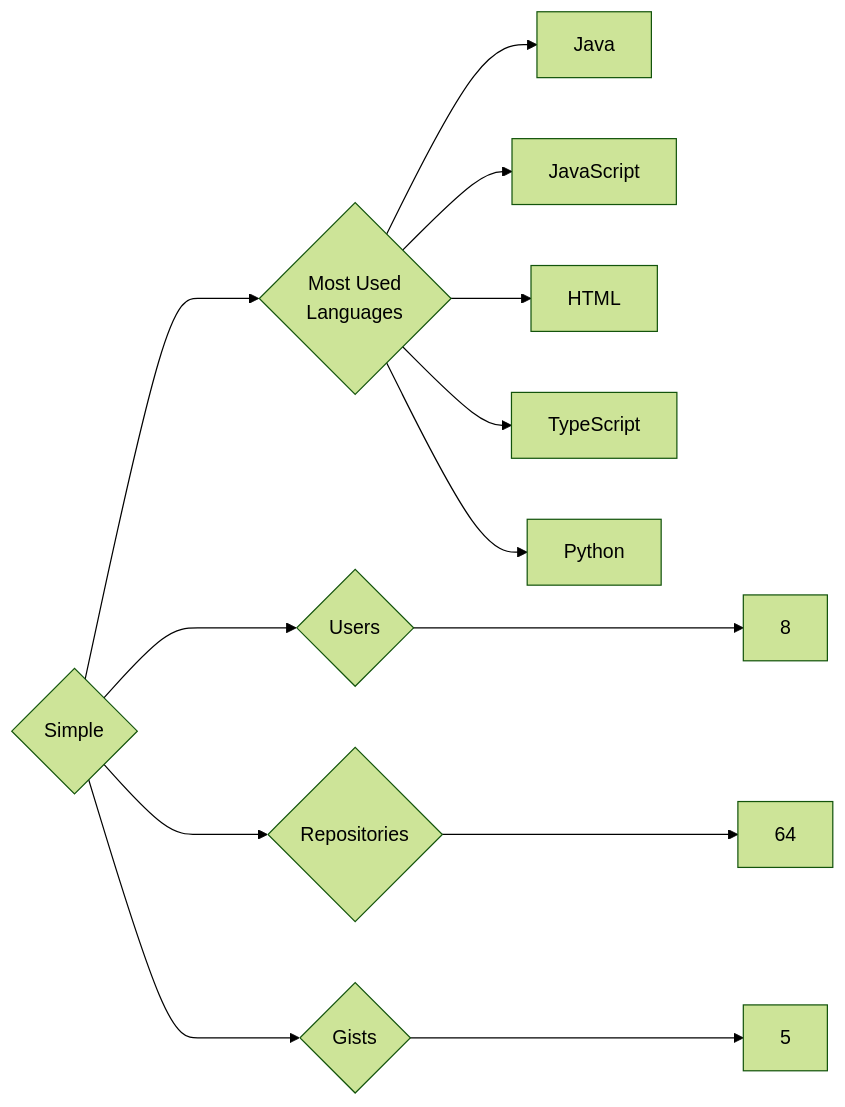
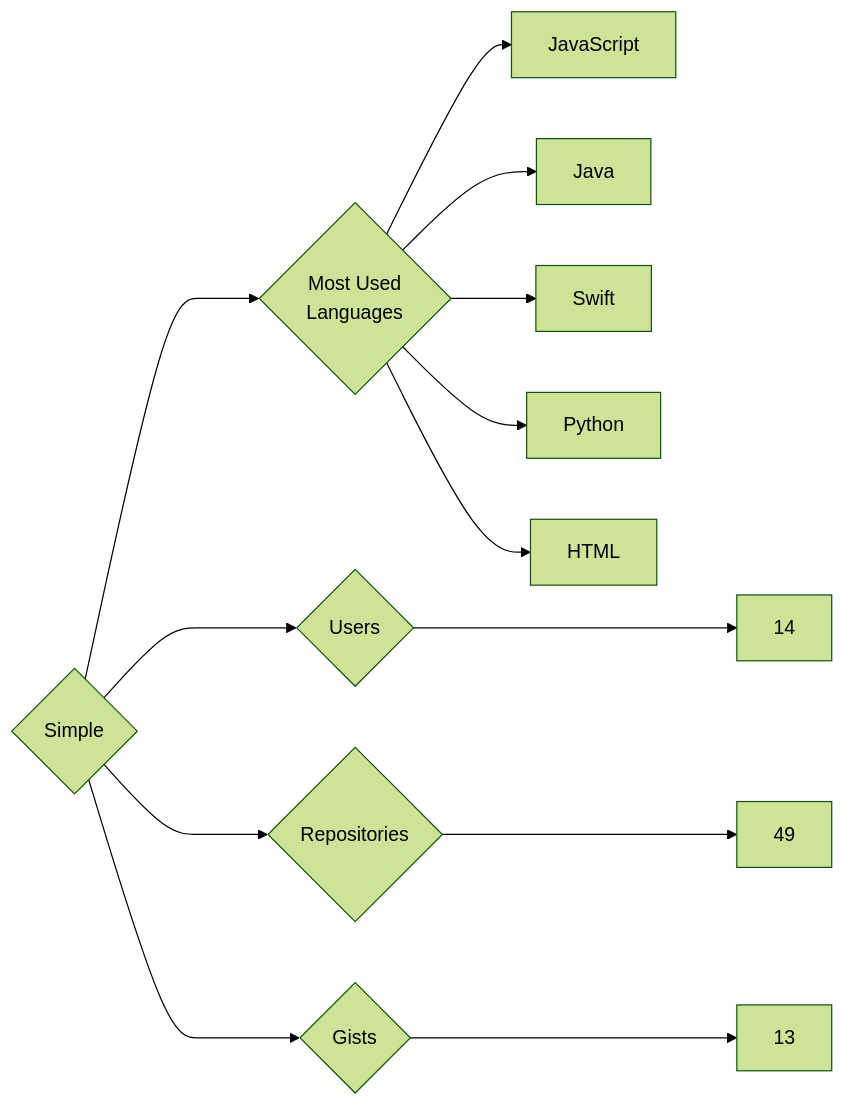
Before and after one commit to trickest/insiders: the diagram in targets/Simple/README.md, drawn with Mermaid (forest theme). The commit also changed 976 other files, not shown here.

````diff
--- a/targets/Simple/README.md
+++ b/targets/Simple/README.md
@@ -3,13 +3,13 @@
 ```mermaid
 graph LR
 COMPANY_NAME{Simple}
-COMPANY_NAME ---> U{Users} ---> UN[8]
-COMPANY_NAME ---> R{Repositories} ---> RN[64]
-COMPANY_NAME ---> G{Gists} ---> GN[5]
+COMPANY_NAME ---> U{Users} ---> UN[14]
+COMPANY_NAME ---> R{Repositories} ---> RN[49]
+COMPANY_NAME ---> G{Gists} ---> GN[13]
 COMPANY_NAME ---> ML{Most Used<br>Languages}
+ML --> JavaScript[JavaScript]
 ML --> Java[Java]
-ML --> JavaScript[JavaScript]
+ML --> Swift[Swift]
+ML --> Python[Python]
 ML --> HTML[HTML]
-ML --> TypeScript[TypeScript]
-ML --> Python[Python]
 ```
````
